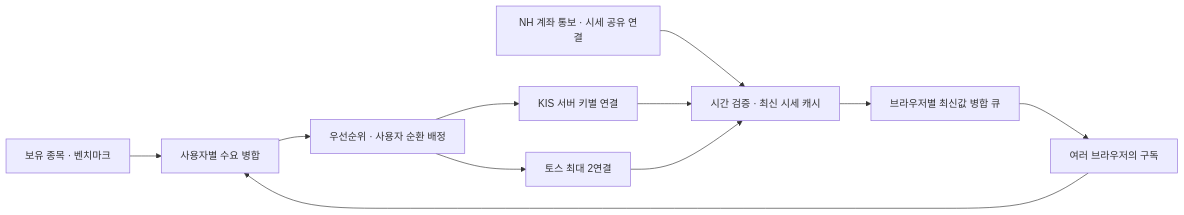
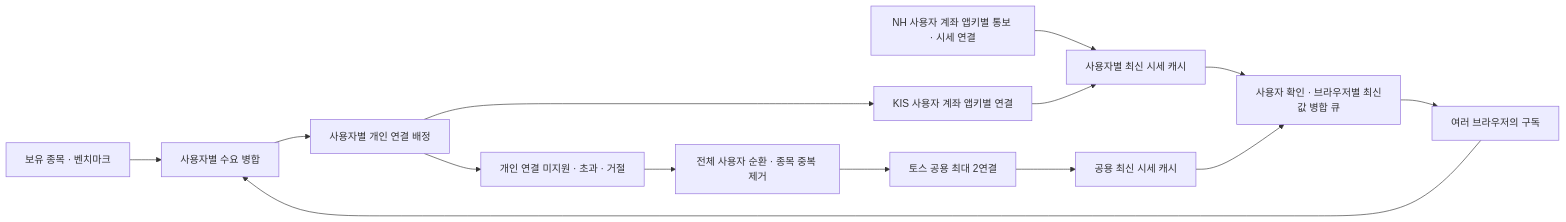
One commit to ducklove/value-invest changed the diagram in docs/realtime-hub.md. Above: the diagram before and after it, drawn with Mermaid. The commit also changed other lines of this file and 20 other files, not shown here.

````diff
--- a/docs/realtime-hub.md
+++ b/docs/realtime-hub.md
@@ -5,13 +5,16 @@
 ```mermaid
 flowchart LR
   P[보유 종목 · 벤치마크] --> D[사용자별 수요 병합]
   B[여러 브라우저의 구독] --> D
-  D --> A[우선순위 · 사용자 순환 배정]
-  A --> K[KIS 서버 키별 연결]
-  A --> T[토스 최대 2연결]
-  N[NH 계좌 통보 · 시세 공유 연결] --> C[시간 검증 · 최신 시세 캐시]
+  D --> A[사용자별 개인 연결 배정]
+  A --> K[KIS 사용자 계좌 앱키별 연결]
+  N[NH 사용자 계좌 앱키별 통보 · 시세 연결] --> C[사용자별 최신 시세 캐시]
   K --> C
-  T --> C
-  C --> Q[브라우저별 최신값 병합 큐]
+  A --> R[개인 연결 미지원 · 초과 · 거절]
+  R --> F[전체 사용자 순환 · 종목 중복 제거]
+  F --> T[토스 공용 최대 2연결]
+  T --> G[공용 최신 시세 캐시]
+  C --> Q[사용자 확인 · 브라우저별 최신값 병합 큐]
+  G --> Q
   Q --> B
 ```
````
